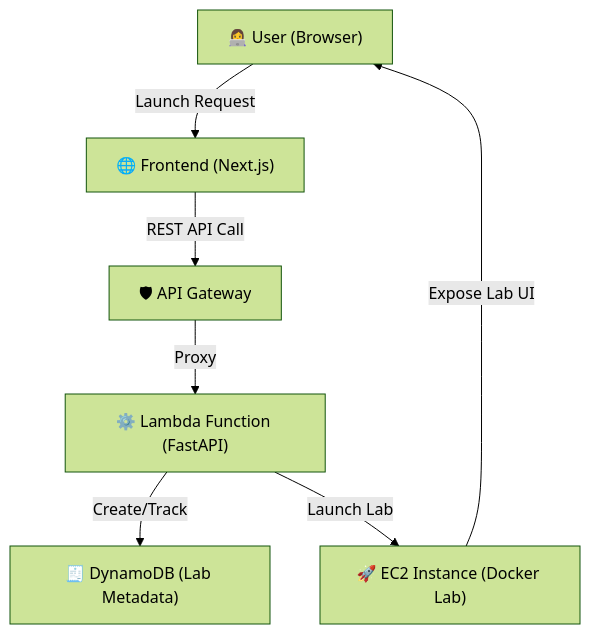
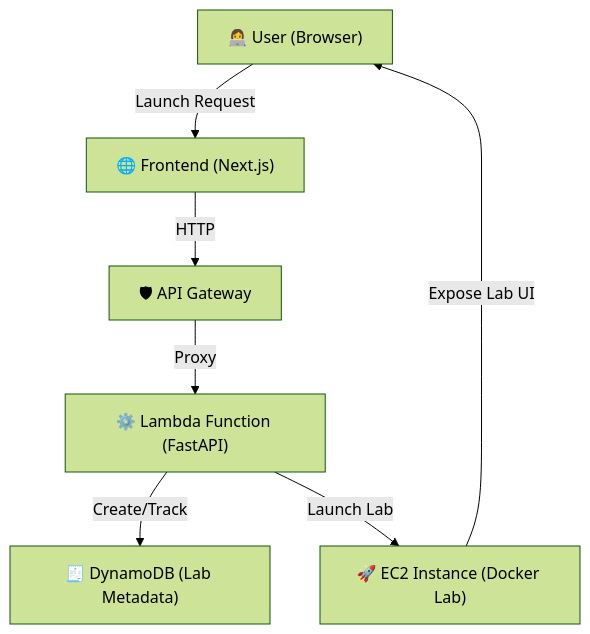
Before and after one commit to kamathanirudh/labstack: the diagram in README.md, drawn with Mermaid (forest theme). The commit also changed other lines of this file, not shown here.

````diff
--- a/README.md
+++ b/README.md
@@ -30,9 +30,9 @@
 ```mermaid
 graph TD;
   User["👩‍💻 User (Browser)"] -->|Launch Request| Vercel["🌐 Frontend (Next.js)"];
-  Vercel -->|REST API Call| APIGW["🛡 API Gateway"];
+  Vercel -->|HTTP| APIGW["🛡 API Gateway"];
   APIGW -->|Proxy| Lambda["⚙️ Lambda Function (FastAPI)"];
   Lambda -->|Create/Track| DynamoDB["🧾 DynamoDB (Lab Metadata)"];
   Lambda -->|Launch Lab| EC2["🚀 EC2 Instance (Docker Lab)"];
   EC2 -->|Expose Lab UI| User;
 ```
````
